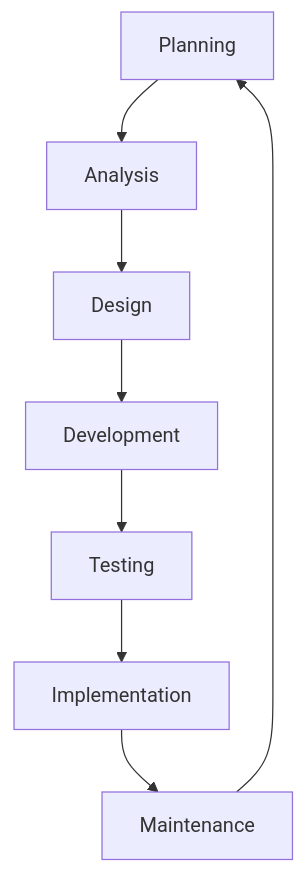
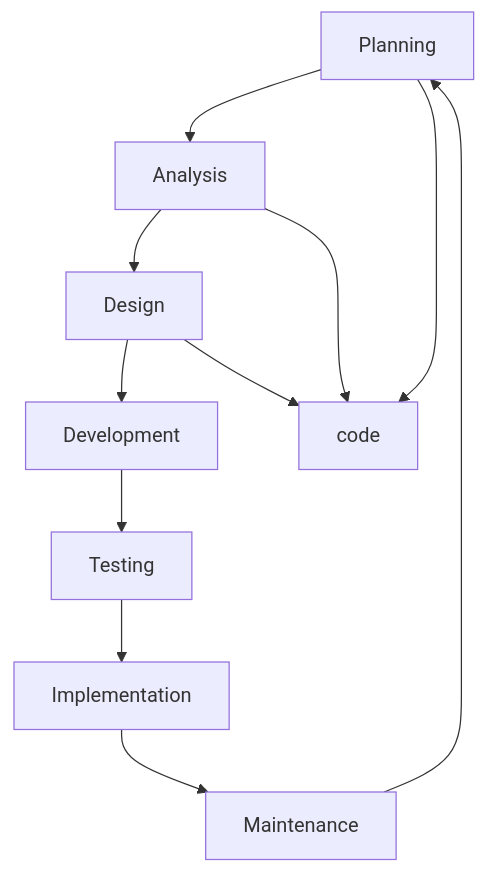
The first of 2 diagrams in README.md (alex-mccombie/resume_readme), drawn with Mermaid before and after one commit.

````diff
--- a/README.md
+++ b/README.md
@@ -276,10 +276,13 @@
 ```mermaid
   graph TD;
       Planning-->Analysis;
       Analysis-->Design;
       Design-->Development;
       Development-->Testing;
       Testing-->Implementation;
       Implementation-->Maintenance;
       Maintenance-->Planning;
+      Planning-->code;
+      Analysis-->code;
+      Design-->code;
 ```
````
